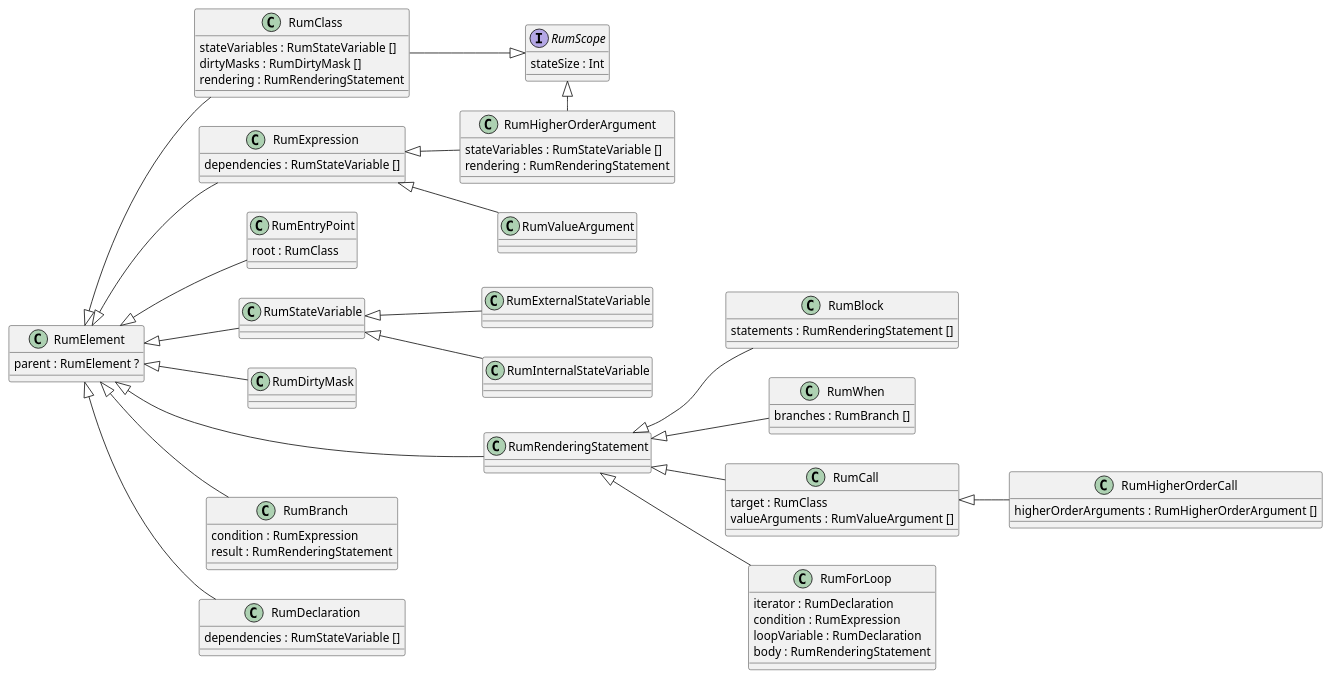
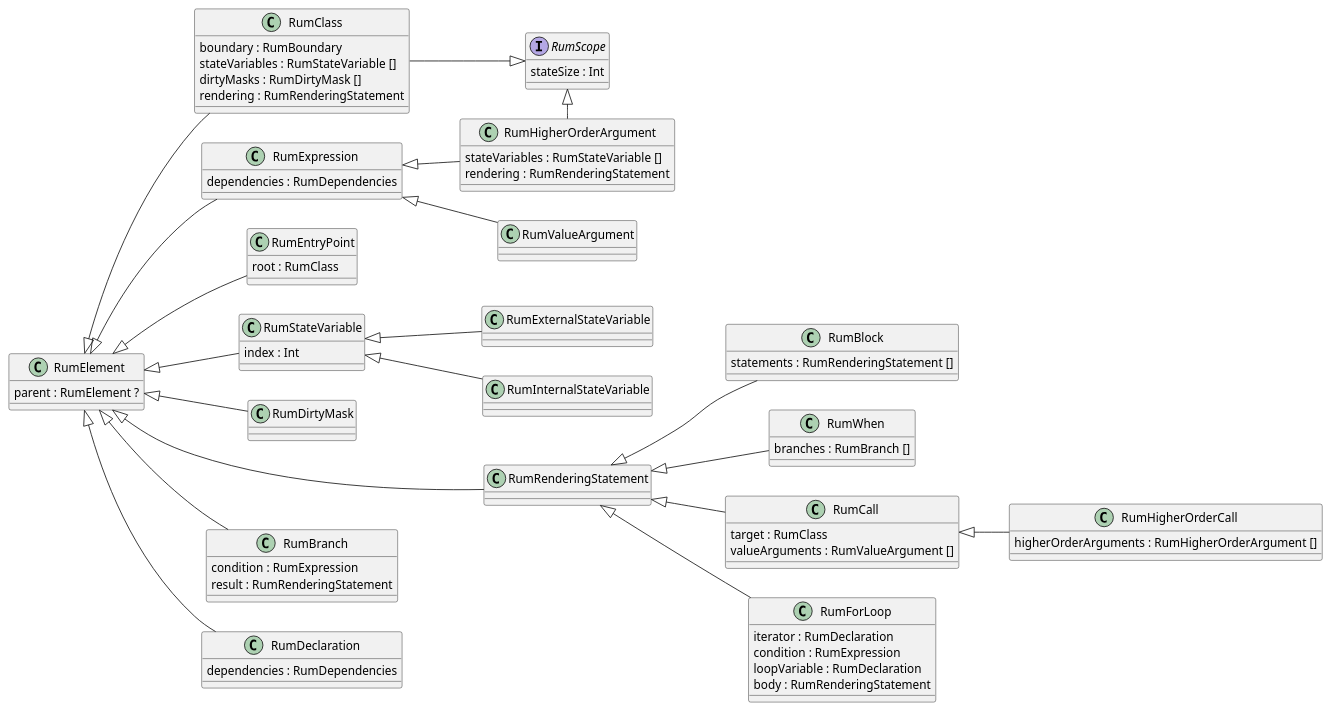
Before and after one commit to spxbhuhb/rui: the diagram in doc/internals/Rum.puml, drawn with PlantUML. The commit also changed 84 other files, not shown here.

```diff
--- a/doc/internals/Rum.puml
+++ b/doc/internals/Rum.puml
@@ -1,96 +1,99 @@
 @startuml
 
 left to right direction
 
 class RumClass {
+    boundary : RumBoundary
     stateVariables : RumStateVariable []
     dirtyMasks : RumDirtyMask []
     rendering : RumRenderingStatement
 }
 RumElement <|-- RumClass
 RumScope <|-u- RumClass
 
 class RumExpression {
-    dependencies : RumStateVariable []
+    dependencies : RumDependencies
 }
 RumElement <|-- RumExpression
 
 class RumEntryPoint {
     root : RumClass
 }
 RumElement <|-- RumEntryPoint
 
 class RumExternalStateVariable
 RumStateVariable <|-- RumExternalStateVariable
 
 class RumInternalStateVariable
 RumStateVariable <|-- RumInternalStateVariable
 
-class RumStateVariable
+class RumStateVariable {
+    index : Int
+}
 RumElement <|-- RumStateVariable
 
 class RumDirtyMask
 RumElement <|-- RumDirtyMask
 
 class RumBlock {
     statements : RumRenderingStatement []
 }
 RumRenderingStatement <|-- RumBlock
 
 class RumWhen {
     branches : RumBranch []
 }
 RumRenderingStatement <|-- RumWhen
 
 class RumCall {
     target : RumClass
     valueArguments : RumValueArgument []
 }
 RumRenderingStatement <|-- RumCall
 
 class RumForLoop {
     iterator : RumDeclaration
     condition : RumExpression
     loopVariable : RumDeclaration
     body : RumRenderingStatement
 }
 RumRenderingStatement <|-- RumForLoop
 
 class RumHigherOrderCall {
     higherOrderArguments : RumHigherOrderArgument []
 }
 RumCall <|-- RumHigherOrderCall
 
 class RumRenderingStatement
 RumElement <|--- RumRenderingStatement
 
 class RumHigherOrderArgument {
     stateVariables : RumStateVariable []
     rendering : RumRenderingStatement
 }
 RumExpression <|-- RumHigherOrderArgument
 RumScope <|-r- RumHigherOrderArgument
 
 class RumBranch {
     condition : RumExpression
     result : RumRenderingStatement
 }
 RumElement <|-- RumBranch
 
 class RumDeclaration {
-    dependencies : RumStateVariable []
+    dependencies : RumDependencies
 }
 RumElement <|-- RumDeclaration
 
 class RumValueArgument
 RumExpression <|-- RumValueArgument
 
 interface RumScope {
     stateSize : Int
 }
 
 class RumElement {
     parent : RumElement ?
 }
 
 @enduml
```
